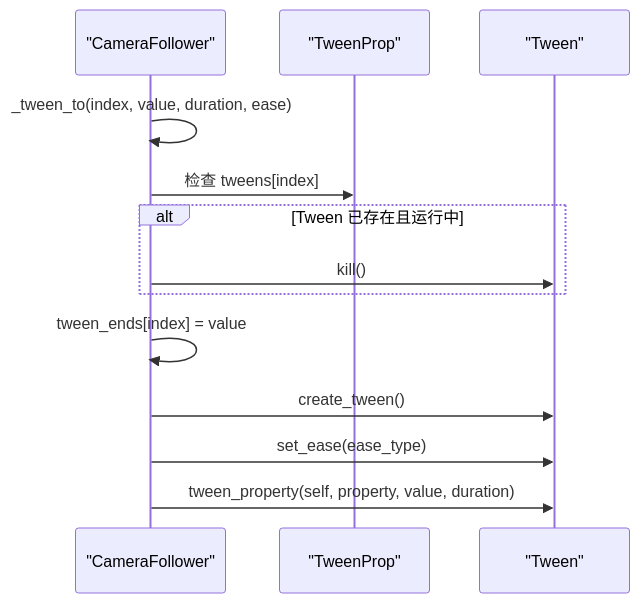
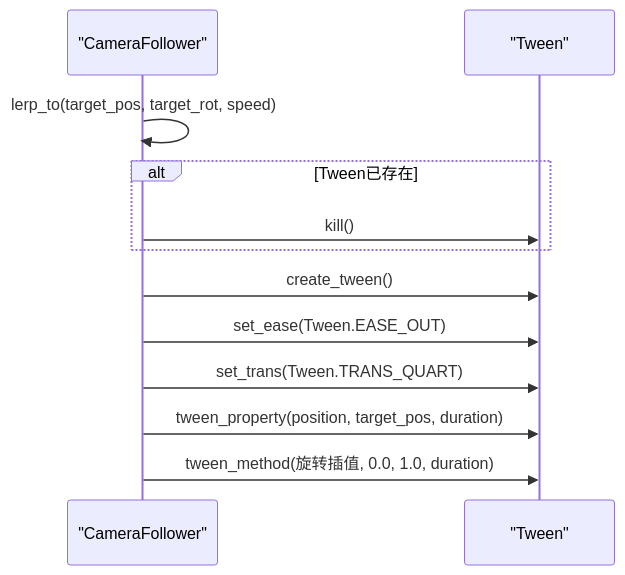
One commit to godotline/godot-line changed diagram 11 of 12 in .qoder/repowiki/zh/content/游戏系统/相机系统/相机跟随系统.md. Above: the diagram before and after it, drawn with Mermaid. The commit also changed other lines of this file and 55 other files, not shown here.

````diff
--- a/.qoder/repowiki/zh/content/游戏系统/相机系统/相机跟随系统.md
+++ b/.qoder/repowiki/zh/content/游戏系统/相机系统/相机跟随系统.md
@@ -427,15 +438,14 @@
 ```mermaid
 sequenceDiagram
 participant CF as "CameraFollower"
-participant TP as "TweenProp"
 participant TW as "Tween"
-CF->>CF : _tween_to(index, value, duration, ease)
-CF->>TP : 检查 tweens[index]
-alt Tween 已存在且运行中
+CF->>CF : lerp_to(target_pos, target_rot, speed)
+alt Tween已存在
 CF->>TW : kill()
 end
-CF->>CF : tween_ends[index] = value
 CF->>TW : create_tween()
-CF->>TW : set_ease(ease_type)
-CF->>TW : tween_property(self, property, value, duration)
+CF->>TW : set_ease(Tween.EASE_OUT)
+CF->>TW : set_trans(Tween.TRANS_QUART)
+CF->>TW : tween_property(position, target_pos, duration)
+CF->>TW : tween_method(旋转插值, 0.0, 1.0, duration)
 ```
````
